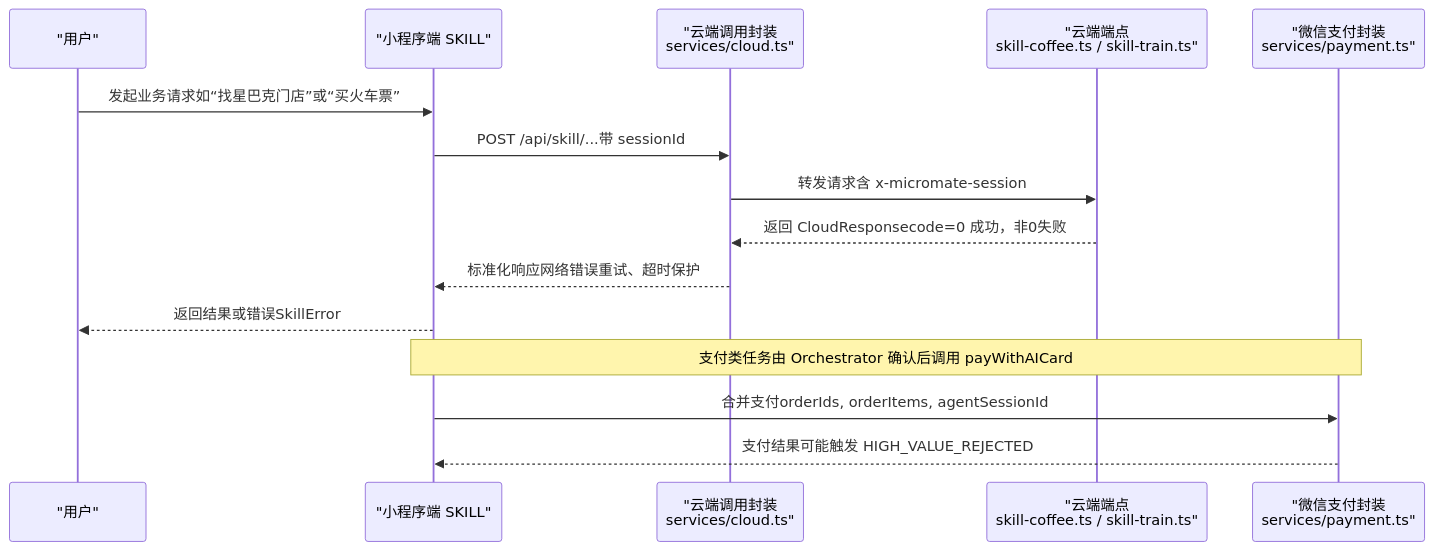
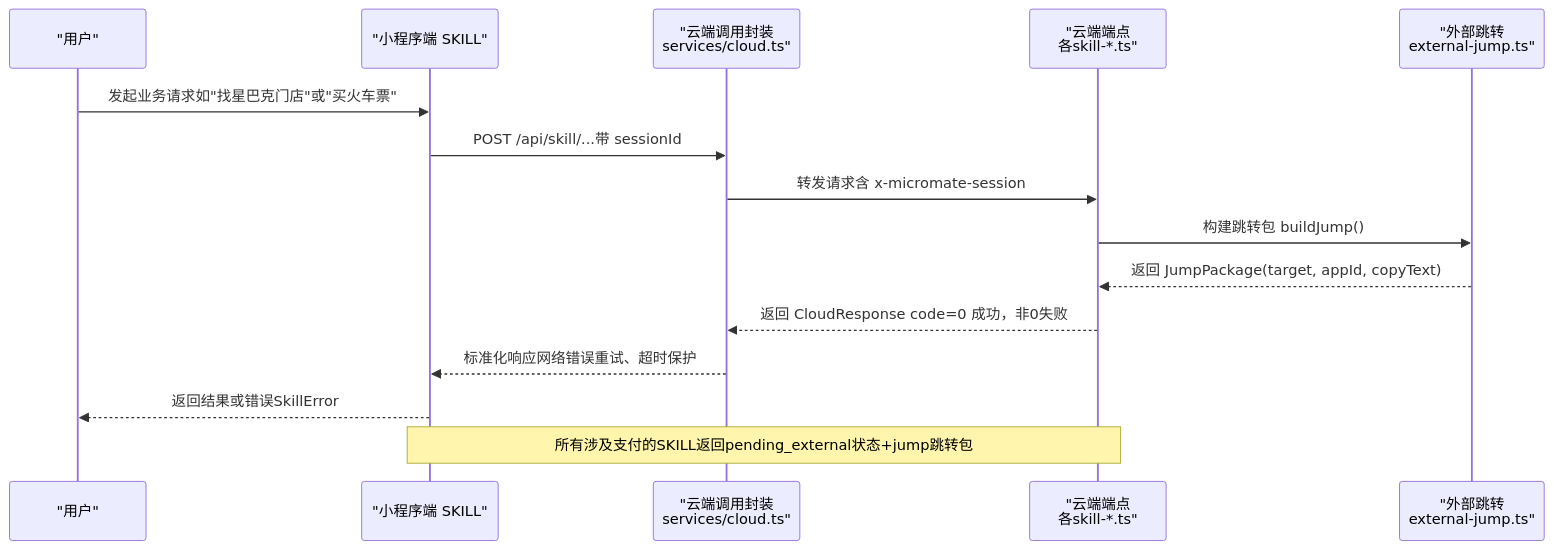
The second of 8 diagrams in .qoder/repowiki/zh/content/SKILL系统/内置SKILL/内置SKILL.md (Ichi-Hackton/WAIC-WeChat-MiniProgram), drawn with Mermaid before and after one commit. The commit also changed other lines of this file and 26 other files, not shown here.

````diff
--- a/.qoder/repowiki/zh/content/SKILL系统/内置SKILL/内置SKILL.md
+++ b/.qoder/repowiki/zh/content/SKILL系统/内置SKILL/内置SKILL.md
@@ -121,17 +170,17 @@
 ```mermaid
 sequenceDiagram
 participant U as "用户"
 participant S as "小程序端 SKILL"
 participant C as "云端调用封装<br/>services/cloud.ts"
-participant R as "云端端点<br/>skill-coffee.ts / skill-train.ts"
-participant P as "微信支付封装<br/>services/payment.ts"
-U->>S : 发起业务请求如“找星巴克门店”或“买火车票”
+participant R as "云端端点<br/>各skill-*.ts"
+participant J as "外部跳转<br/>external-jump.ts"
+U->>S : 发起业务请求如"找星巴克门店"或"买火车票"
 S->>C : POST /api/skill/...带 sessionId
 C->>R : 转发请求含 x-micromate-session
-R-->>C : 返回 CloudResponsecode=0 成功，非0失败
+R->>J : 构建跳转包 buildJump()
+J-->>R : 返回 JumpPackage(target, appId, copyText)
+R-->>C : 返回 CloudResponse code=0 成功，非0失败
 C-->>S : 标准化响应网络错误重试、超时保护
 S-->>U : 返回结果或错误SkillError
-Note over S,P : 支付类任务由 Orchestrator 确认后调用 payWithAICard
-S->>P : 合并支付orderIds, orderItems, agentSessionId
-P-->>S : 支付结果可能触发 HIGH_VALUE_REJECTED
+Note over S,R : 所有涉及支付的SKILL返回pending_external状态+jump跳转包
 ```
````
